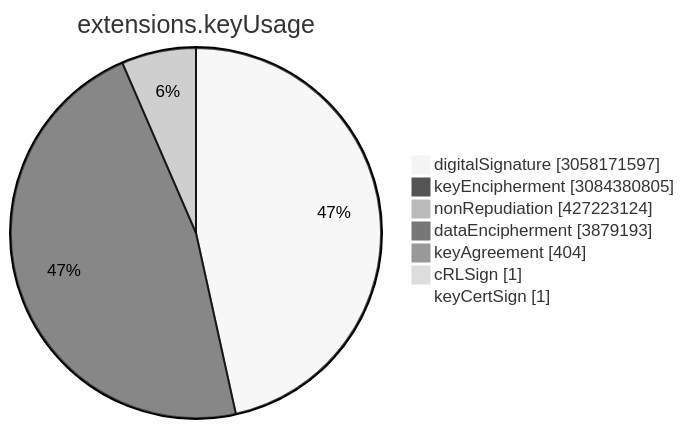
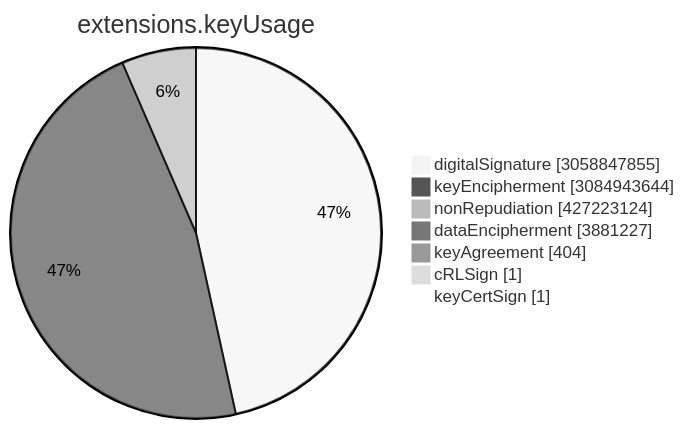
Before and after one commit to christiankrug/ctmonitor_visualization: the sixth of 15 diagrams in TOTAL/README.md, drawn with Mermaid (neutral theme). The commit also changed other lines of this file, not shown here.

````diff
--- a/TOTAL/README.md
+++ b/TOTAL/README.md
@@ -3077,11 +3077,11 @@
 ```mermaid
 pie showData
 title extensions.keyUsage
-"digitalSignature" :3058171597
-"keyEncipherment" :3084380805
+"digitalSignature" :3058847855
+"keyEncipherment" :3084943644
 "nonRepudiation" :427223124
-"dataEncipherment" :3879193
+"dataEncipherment" :3881227
 "keyAgreement" :404
 "cRLSign" :1
 "keyCertSign" :1
 ```
````
